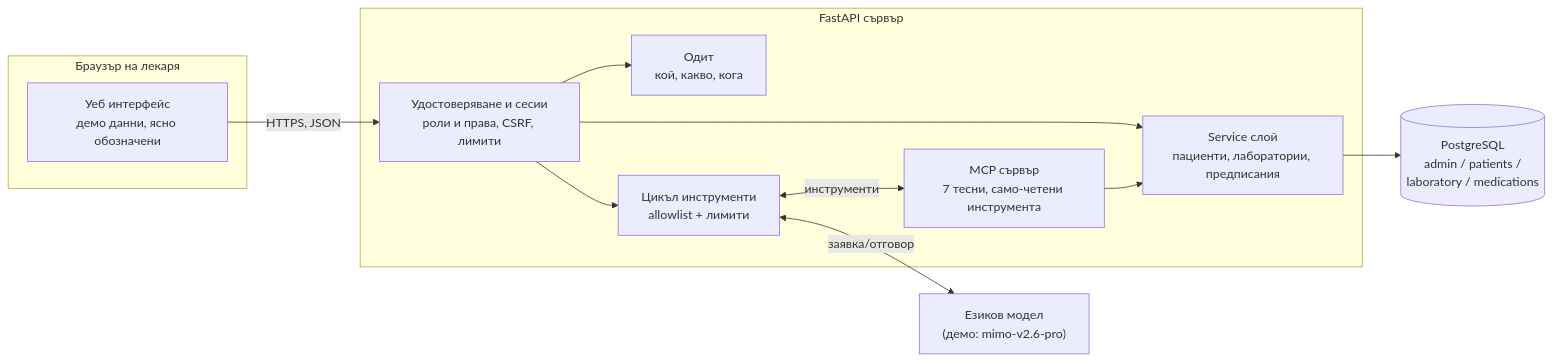
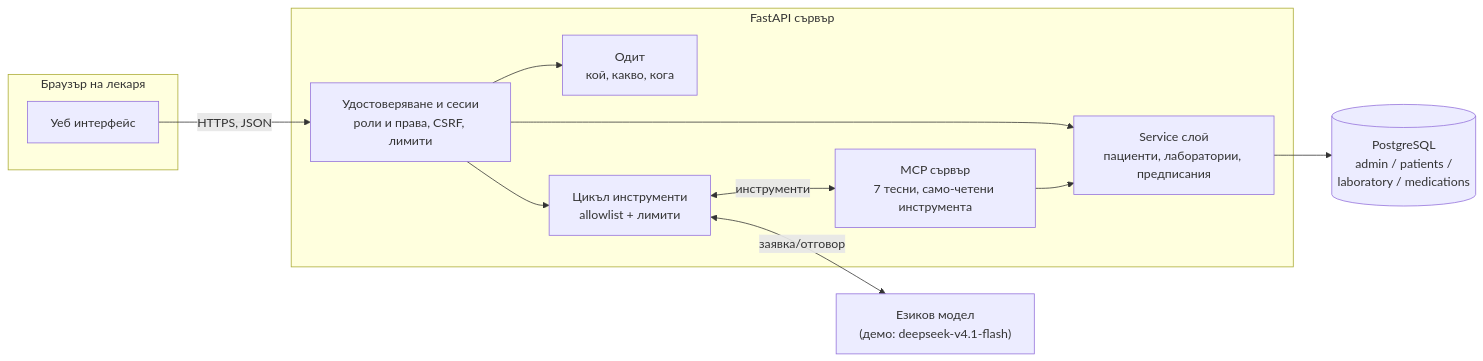
The first of 2 diagrams in docs/CONCEPT.md (Kalsito1017/MedicalPlatform), drawn with Mermaid before and after one commit. The commit also changed other lines of this file and 153 other files, not shown here.

````diff
--- a/docs/CONCEPT.md
+++ b/docs/CONCEPT.md
@@ -98,26 +98,26 @@
 ```mermaid
 flowchart LR
     subgraph Client["Браузър на лекаря"]
-        UI["Уеб интерфейс<br/>демо данни, ясно обозначени"]
+        UI["Уеб интерфейс"]
     end
 
     subgraph API["FastAPI сървър"]
         AUTH["Удостоверяване и сесии<br/>роли и права, CSRF, лимити"]
         SVC["Service слой<br/>пациенти, лаборатории, предписания"]
         AUDIT["Одит<br/>кой, какво, кога"]
         LOOP["Цикъл инструменти<br/>allowlist + лимити"]
         MCP["MCP сървър<br/>7 тесни, само-четени инструмента"]
     end
 
     DB[("PostgreSQL<br/>admin / patients /<br/>laboratory / medications")]
-    LLM["Езиков модел<br/>(демо: mimo-v2.6-pro)"]
+    LLM["Езиков модел<br/>(демо: deepseek-v4.1-flash)"]
 
     UI -->|HTTPS, JSON| AUTH
     AUTH --> SVC
     SVC --> DB
     AUTH --> AUDIT
     AUTH --> LOOP
     LOOP <-->|инструменти| MCP
     LOOP <-->|заявка/отговор| LLM
     MCP --> SVC
 ```
````
